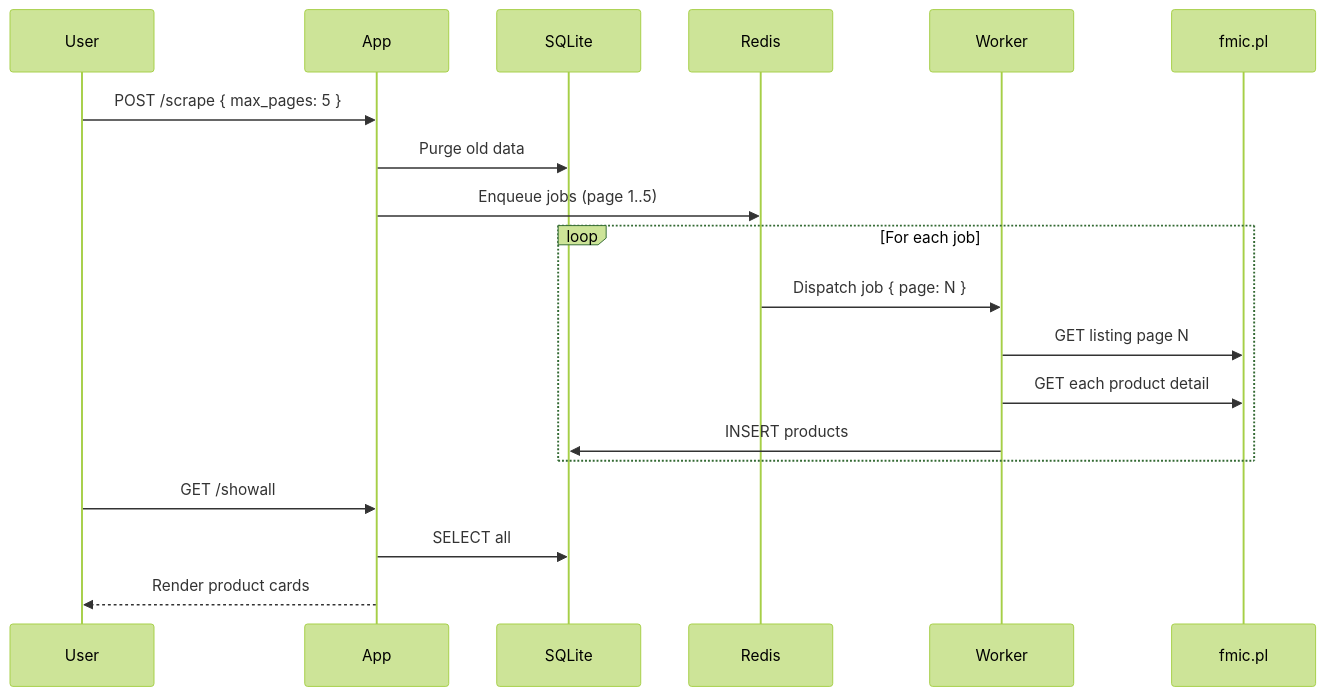
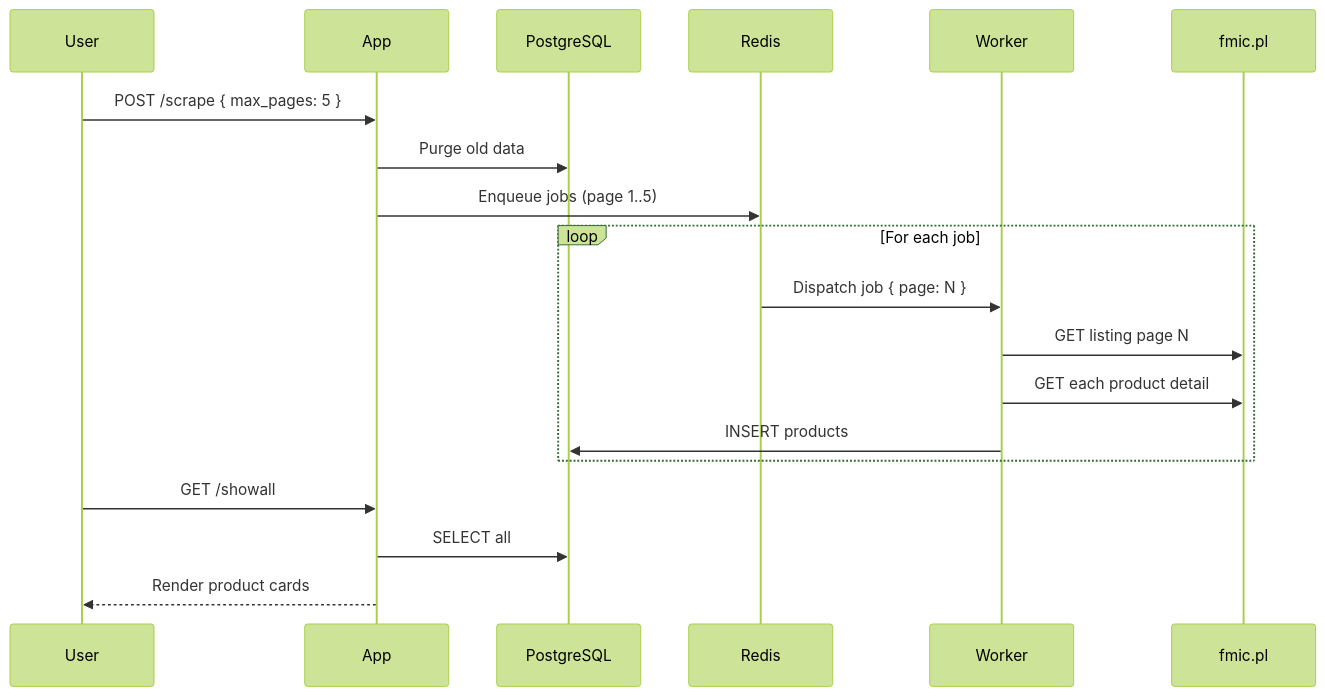
The diagram in README.md (fredziak55/big-scraper), drawn with Mermaid (forest theme) before and after one commit. The commit also changed other lines of this file, not shown here.

````diff
--- a/README.md
+++ b/README.md
@@ -27,15 +27,15 @@
 ```mermaid
 sequenceDiagram
     User->>App: POST /scrape { max_pages: 5 }
-    App->>SQLite: Purge old data
+    App->>PostgreSQL: Purge old data
     App->>Redis: Enqueue jobs (page 1..5)
     loop For each job
         Redis->>Worker: Dispatch job { page: N }
         Worker->>fmic.pl: GET listing page N
         Worker->>fmic.pl: GET each product detail
-        Worker->>SQLite: INSERT products
+        Worker->>PostgreSQL: INSERT products
     end
     User->>App: GET /showall
-    App->>SQLite: SELECT all
+    App->>PostgreSQL: SELECT all
     App-->>User: Render product cards
 ```
````
